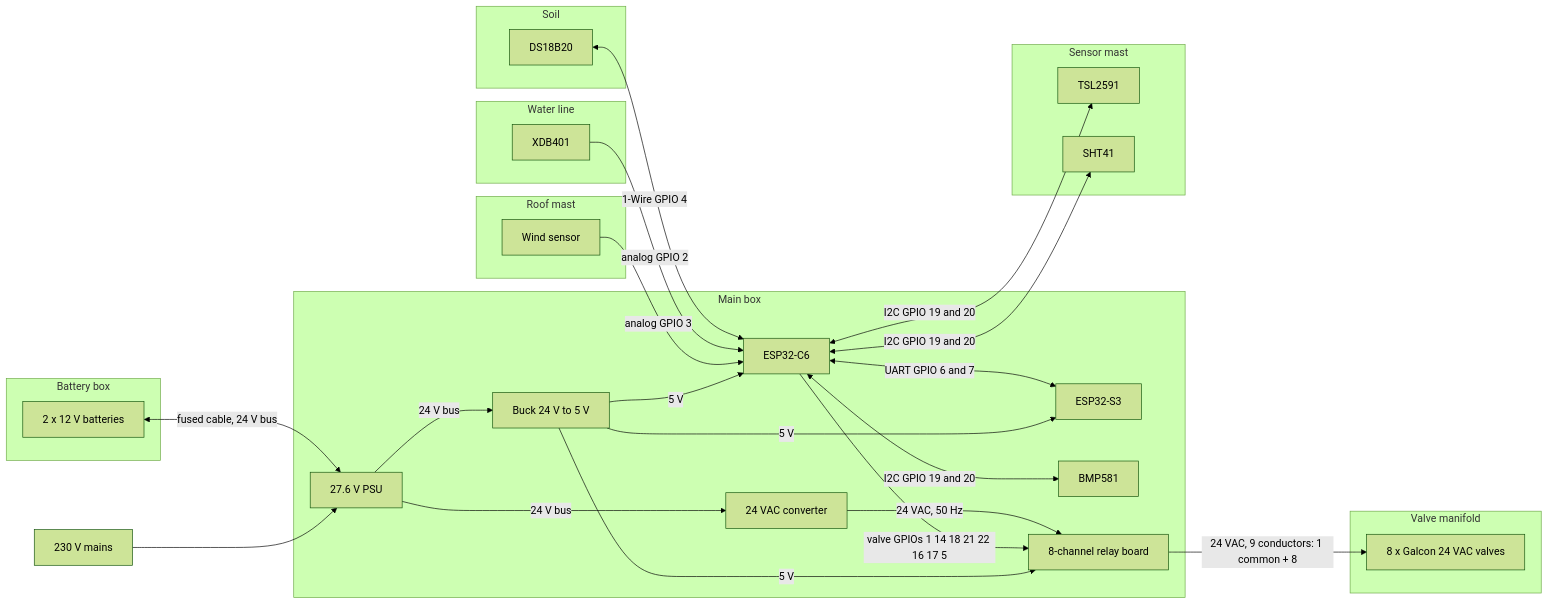
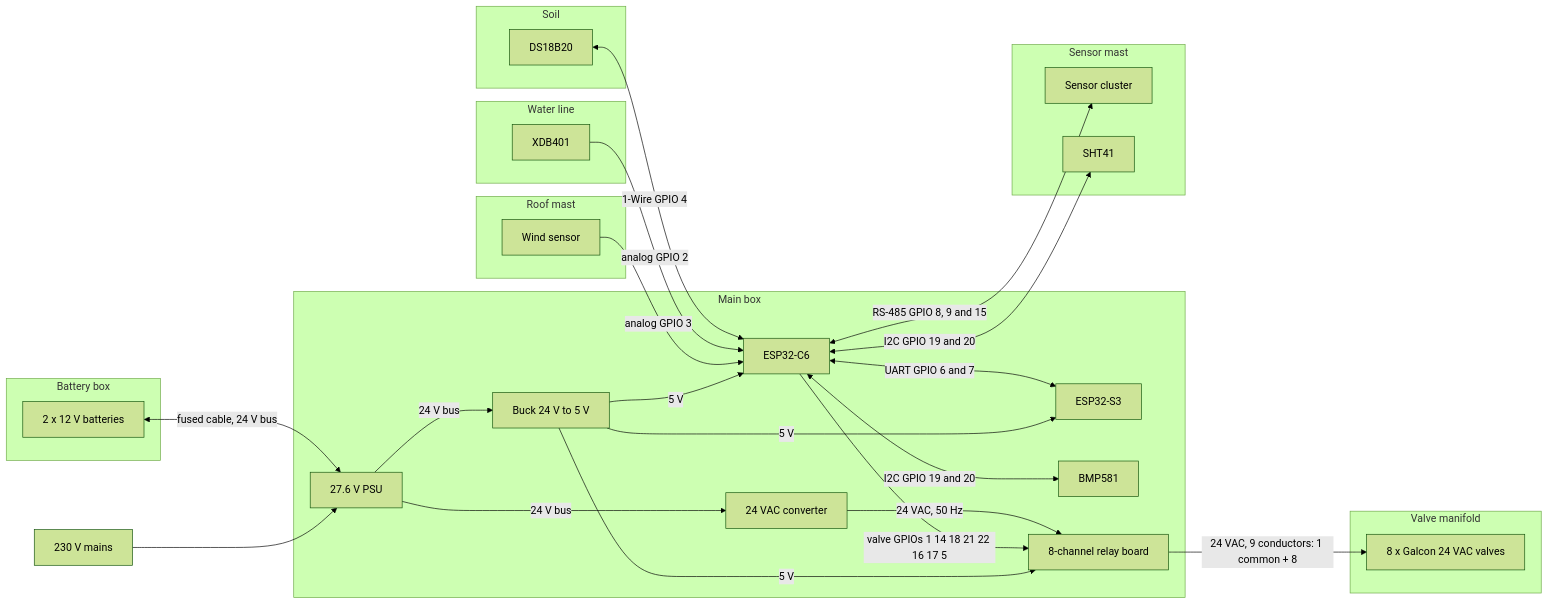
One commit to yuvalkuck/smart-irrigate changed the fifth of 5 diagrams in README.md. Above: the diagram before and after it, drawn with Mermaid (forest theme). The commit also changed other lines of this file and 6 other files, not shown here.

Commit message:
split to fit modules model, & elecrit schematic

````diff
--- a/README.md
+++ b/README.md
@@ -249,57 +249,57 @@
 ```mermaid
 graph LR
     MAINS[230 V mains]
 
     subgraph MAIN["Main box"]
         PSU[27.6 V PSU]
         BUCK5[Buck 24 V to 5 V]
         CONV[24 VAC converter]
         C6[ESP32-C6]
         S3[ESP32-S3]
         BMP[BMP581]
         RELAY[8-channel relay board]
     end
 
     subgraph BATBOX["Battery box"]
         BAT[2 x 12 V batteries]
     end
 
     subgraph MAST["Sensor mast"]
-        TSL[TSL2591]
+        CLUSTER[Sensor cluster]
         SHT[SHT41]
     end
 
     subgraph ROOF["Roof mast"]
         WIND[Wind sensor]
     end
 
     subgraph SOIL["Soil"]
         DS[DS18B20]
     end
 
     subgraph PIPE["Water line"]
         XDB[XDB401]
     end
 
     subgraph MANIFOLD["Valve manifold"]
         VALVES[8 x Galcon 24 VAC valves]
     end
 
     MAINS --> PSU
     PSU -- 24 V bus --> BUCK5
     PSU -- 24 V bus --> CONV
     BAT <-- "fused cable, 24 V bus" --> PSU
     BUCK5 -- 5 V --> C6
     BUCK5 -- 5 V --> S3
     BUCK5 -- 5 V --> RELAY
     C6 <-- "UART GPIO 6 and 7" --> S3
     C6 <-- "I2C GPIO 19 and 20" --> BMP
-    C6 <-- "I2C GPIO 19 and 20" --> TSL
+    C6 <-- "RS-485 GPIO 8, 9 and 15" --> CLUSTER
     C6 <-- "I2C GPIO 19 and 20" --> SHT
     WIND -- "analog GPIO 3" --> C6
     XDB -- "analog GPIO 2" --> C6
     DS <-- "1-Wire GPIO 4" --> C6
     C6 -- "valve GPIOs 1 14 18 21 22 16 17 5" --> RELAY
     CONV -- "24 VAC, 50 Hz" --> RELAY
     RELAY -- "24 VAC, 9 conductors: 1 common + 8" --> VALVES
 ```
````
